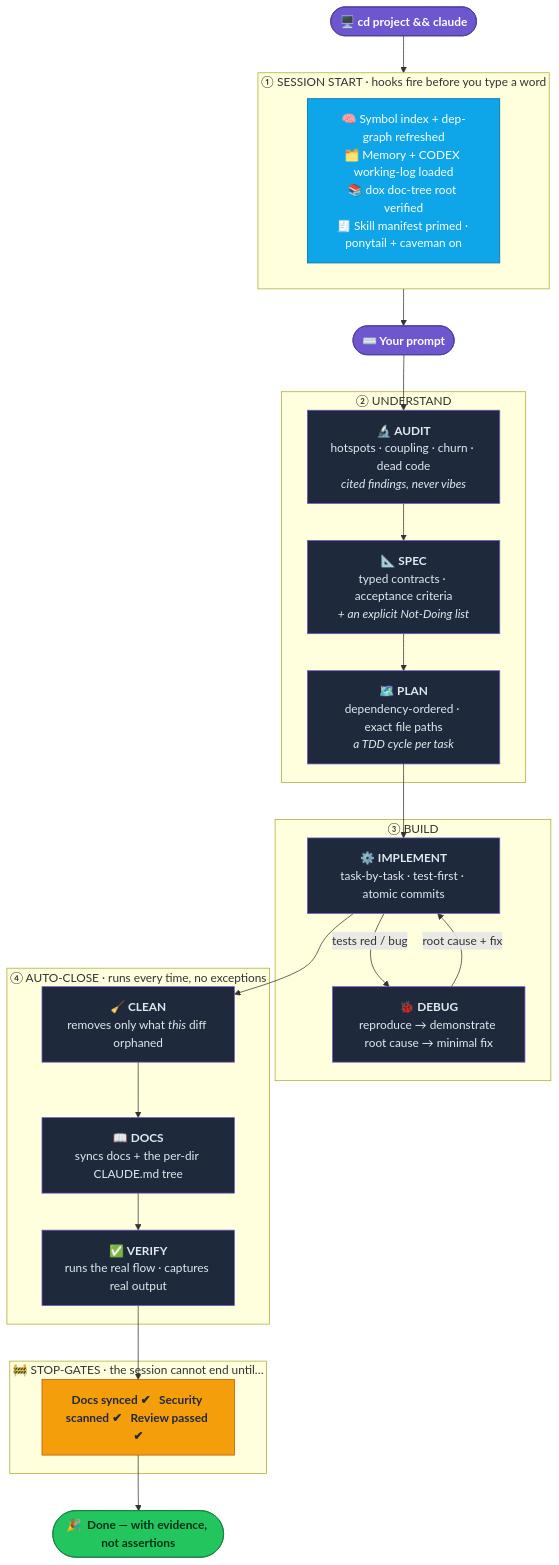
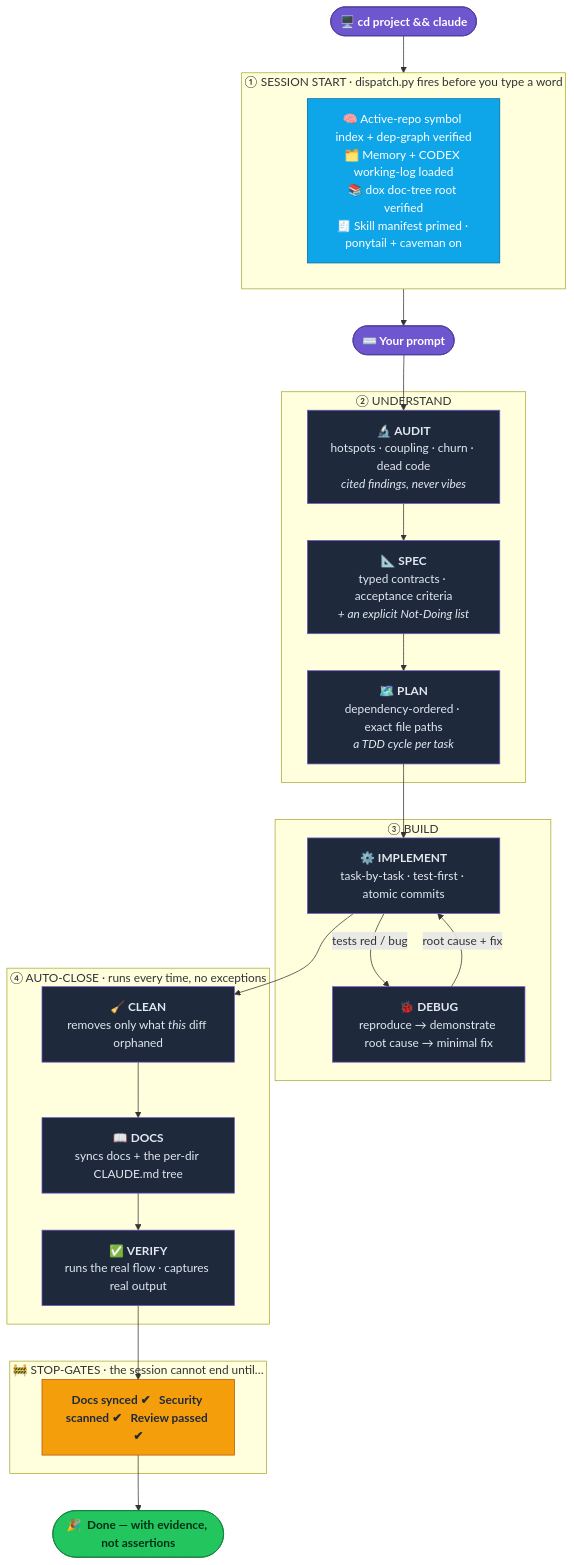
The first of 5 diagrams in README.md (AjayIrkal23/agentic-mercy-10x), drawn with Mermaid before and after one commit. The commit also changed other lines of this file, not shown here.

Commit message:
README: rewritten for v2.0.0 — 100x overhaul architecture (existing visuals kept)

````diff
--- a/README.md
+++ b/README.md
@@ -60,47 +86,47 @@
 ```mermaid
 flowchart TD
     A(["🖥️  cd project && claude"]):::start --> S0
 
-    subgraph S0["①  SESSION START · hooks fire before you type a word"]
-      B["🧠 Symbol index + dep-graph refreshed<br/>🗂️ Memory + CODEX working-log loaded<br/>📚 dox doc-tree root verified<br/>🧾 Skill manifest primed · ponytail + caveman on"]:::hook
+    subgraph S0["①  SESSION START · dispatch.py fires before you type a word"]
+      B["🧠 Active-repo symbol index + dep-graph verified<br/>🗂️ Memory + CODEX working-log loaded<br/>📚 dox doc-tree root verified<br/>🧾 Skill manifest primed · ponytail + caveman on"]:::hook
     end
 
     S0 --> P(["⌨️  Your prompt"]):::start
 
     subgraph S1["②  UNDERSTAND"]
       AU["🔬 <b>AUDIT</b><br/>hotspots · coupling · churn · dead code<br/><i>cited findings, never vibes</i>"]:::agent
       SP["📐 <b>SPEC</b><br/>typed contracts · acceptance criteria<br/><i>+ an explicit Not-Doing list</i>"]:::agent
       PL["🗺️ <b>PLAN</b><br/>dependency-ordered · exact file paths<br/><i>a TDD cycle per task</i>"]:::agent
     end
 
     P --> AU --> SP --> PL
 
     subgraph S2["③  BUILD"]
       IM["⚙️ <b>IMPLEMENT</b><br/>task-by-task · test-first · atomic commits"]:::agent
       DB["🐞 <b>DEBUG</b><br/>reproduce → demonstrate root cause → minimal fix"]:::agent
     end
 
     PL --> IM
     IM -->|"tests red / bug"| DB
     DB -->|"root cause + fix"| IM
 
     subgraph S3["④  AUTO-CLOSE · runs every time, no exceptions"]
       CL["🧹 <b>CLEAN</b><br/>removes only what <i>this</i> diff orphaned"]:::agent
       DX["📖 <b>DOCS</b><br/>syncs docs + the per-dir CLAUDE.md tree"]:::agent
       VF["✅ <b>VERIFY</b><br/>runs the real flow · captures real output"]:::agent
     end
 
     IM --> CL --> DX --> VF
 
     subgraph GATES["🚧  STOP-GATES · the session cannot end until…"]
       G["Docs synced ✔   Security scanned ✔   Review passed ✔"]:::gate
     end
 
     VF --> G --> DONE(["🎉  Done — with evidence, not assertions"]):::done
 
     classDef start fill:#6E56CF,stroke:#4B3B9C,color:#fff,font-weight:bold
     classDef hook fill:#0EA5E9,stroke:#0369A1,color:#fff
     classDef agent fill:#1E293B,stroke:#6E56CF,color:#E2E8F0
     classDef gate fill:#F59E0B,stroke:#B45309,color:#1E293B,font-weight:bold
     classDef done fill:#22C55E,stroke:#15803D,color:#052e16,font-weight:bold
 ```
````
